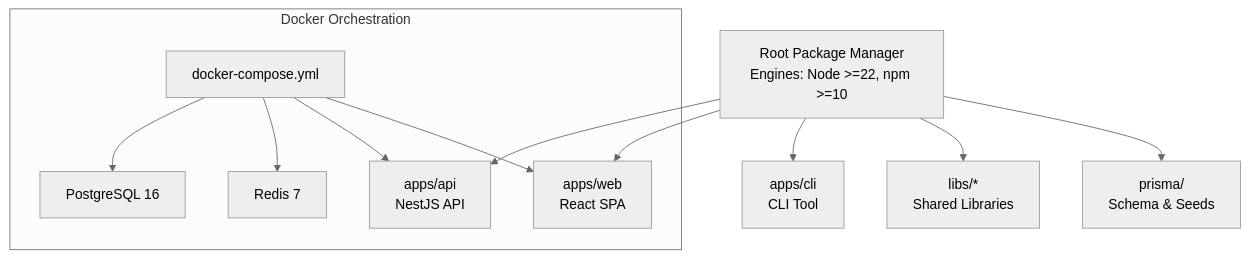
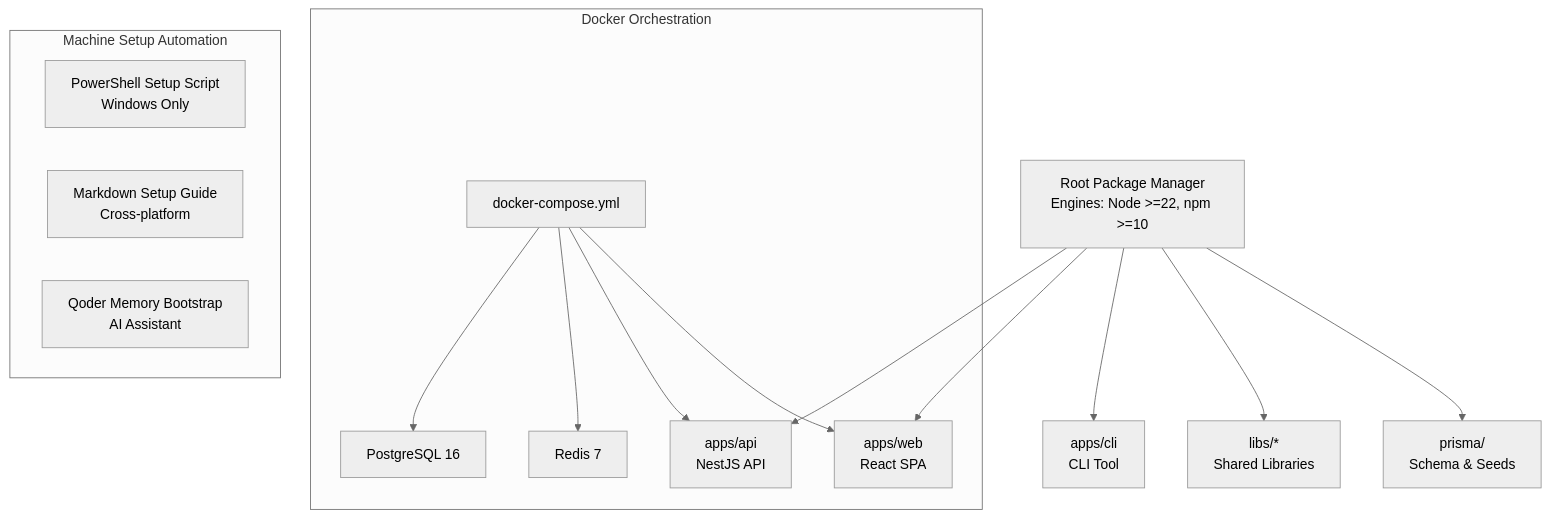
The first of 4 diagrams in .qoder/repowiki/en/content/Development Guide/Environment Setup.md (BAS-More/Quiz2Biz), drawn with Mermaid (neutral theme) before and after one commit. The commit also changed other lines of this file and 3 other files, not shown here.

````diff
--- a/.qoder/repowiki/en/content/Development Guide/Environment Setup.md
+++ b/.qoder/repowiki/en/content/Development Guide/Environment Setup.md
@@ -40,15 +55,20 @@
 ```mermaid
 graph TB
 Root["Root Package Manager<br/>Engines: Node >=22, npm >=10"] --> API["apps/api<br/>NestJS API"]
 Root --> WEB["apps/web<br/>React SPA"]
 Root --> CLI["apps/cli<br/>CLI Tool"]
 Root --> LIBS["libs/*<br/>Shared Libraries"]
 Root --> PRISMA["prisma/<br/>Schema & Seeds"]
 subgraph "Docker Orchestration"
 DC["docker-compose.yml"]
 DC --> PG["PostgreSQL 16"]
 DC --> RD["Redis 7"]
 DC --> API
 DC --> WEB
 end
+subgraph "Machine Setup Automation"
+PS["PowerShell Setup Script<br/>Windows Only"]
+MD["Markdown Setup Guide<br/>Cross-platform"]
+QB["Qoder Memory Bootstrap<br/>AI Assistant"]
+end
 ```
````
